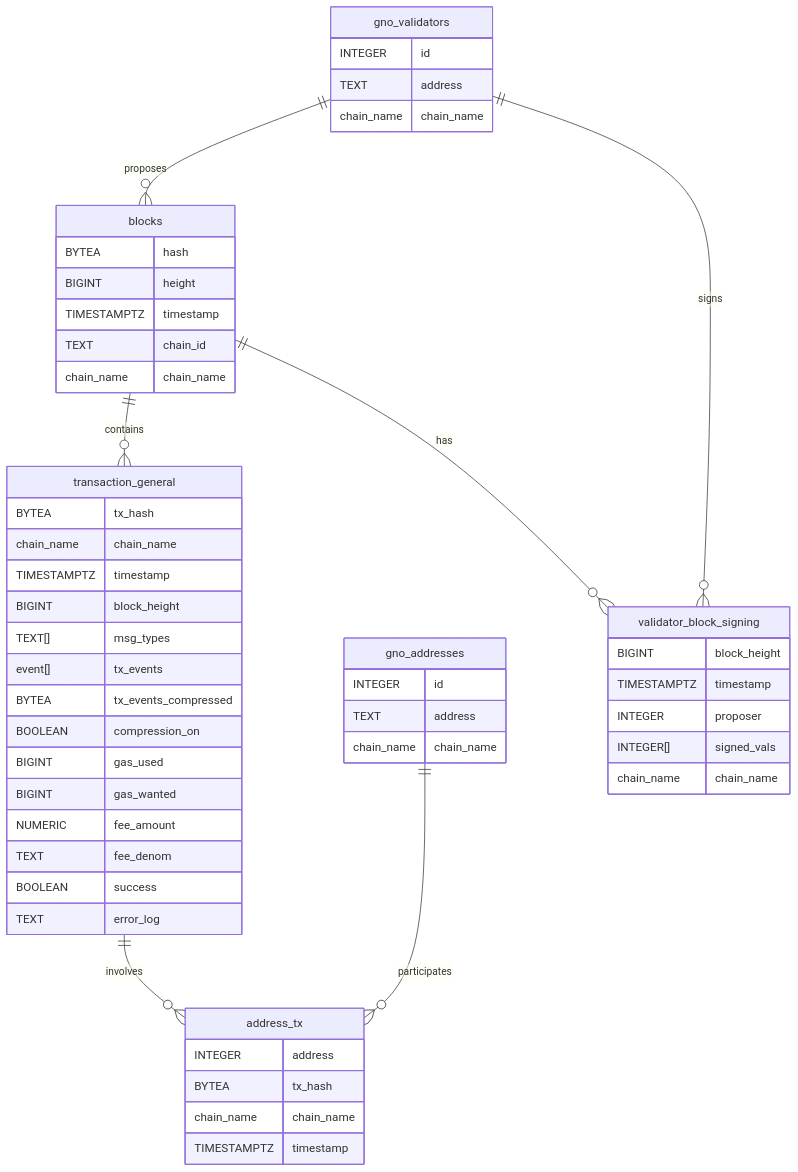
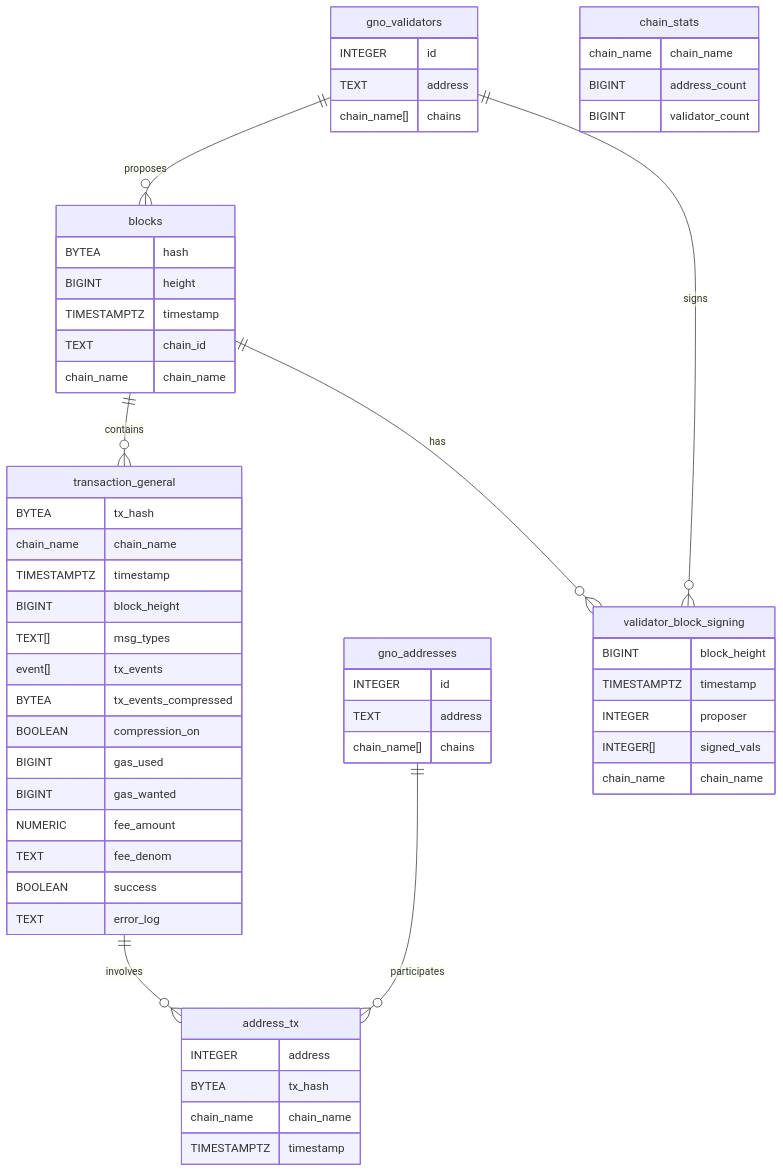
One commit to Cogwheel-Validator/spectra-gnoland-indexer changed the second of 6 diagrams in docs/data-model.md. Above: the diagram before and after it, drawn with Mermaid. The commit also changed other lines of this file and 27 other files, not shown here.

First line of the commit message:
feat(indexer)!: use ARC cache for addresses and redesign address schemas (#48)

````diff
--- a/docs/data-model.md
+++ b/docs/data-model.md
@@ -62,55 +62,60 @@
 ```mermaid
 erDiagram
     blocks {
       BYTEA hash
       BIGINT height
       TIMESTAMPTZ timestamp
       TEXT chain_id
       chain_name chain_name
     }
     transaction_general {
       BYTEA tx_hash
       chain_name chain_name
       TIMESTAMPTZ timestamp
       BIGINT block_height
       TEXT[] msg_types
       event[] tx_events
       BYTEA tx_events_compressed
       BOOLEAN compression_on
       BIGINT gas_used
       BIGINT gas_wanted
       NUMERIC fee_amount
       TEXT fee_denom
       BOOLEAN success
       TEXT error_log
     }
     gno_addresses {
       INTEGER id
       TEXT address
-      chain_name chain_name
+      chain_name[] chains
     }
     gno_validators {
       INTEGER id
       TEXT address
+      chain_name[] chains
+    }
+    chain_stats {
       chain_name chain_name
+      BIGINT address_count
+      BIGINT validator_count
     }
     validator_block_signing {
       BIGINT block_height
       TIMESTAMPTZ timestamp
       INTEGER proposer
       INTEGER[] signed_vals
       chain_name chain_name
     }
     address_tx {
       INTEGER address
       BYTEA tx_hash
       chain_name chain_name
       TIMESTAMPTZ timestamp
     }
     blocks ||--o{ transaction_general : "contains"
     blocks ||--o{ validator_block_signing : "has"
     gno_validators ||--o{ validator_block_signing : "signs"
     gno_validators ||--o{ blocks : "proposes"
     transaction_general ||--o{ address_tx : "involves"
     gno_addresses ||--o{ address_tx : "participates"
 ```
````
